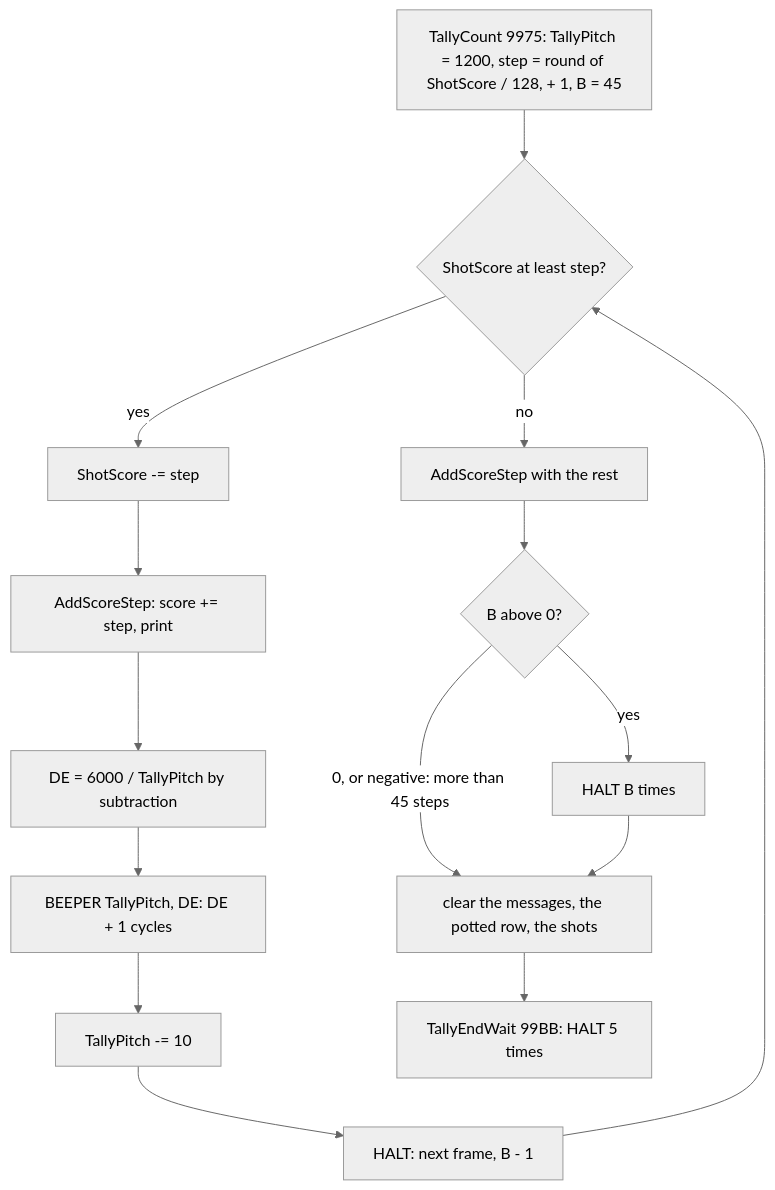
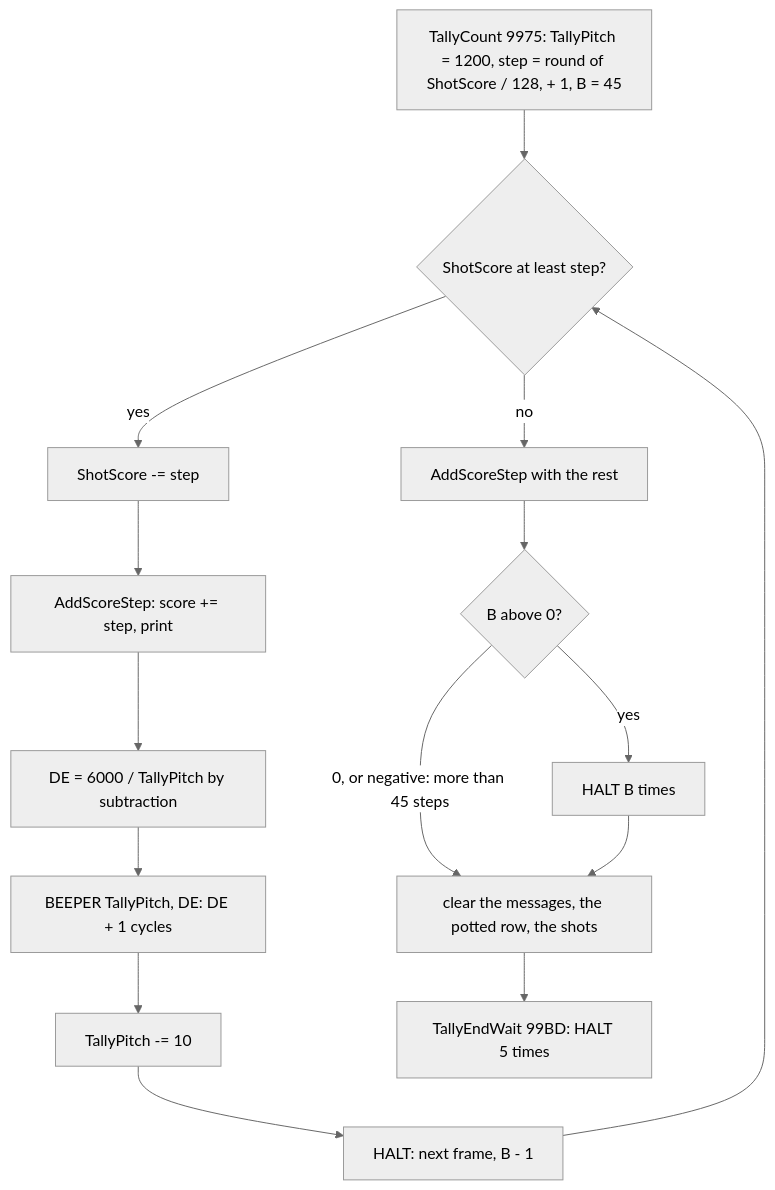
One commit to alfishe/unrealng-reverse-cases changed the fourth of 8 diagrams in games/video-pool/docs/09-sound.md. Above: the diagram before and after it, drawn with Mermaid (neutral theme). The commit also changed other lines of this file and 40 other files, not shown here.

````diff
--- a/games/video-pool/docs/09-sound.md
+++ b/games/video-pool/docs/09-sound.md
@@ -555,16 +556,16 @@
 ```mermaid
 flowchart TD
     A[TallyCount 9975: TallyPitch = 1200, step = round of ShotScore / 128, + 1, B = 45] --> B{ShotScore at least step?}
     B -->|yes| C[ShotScore -= step]
     C --> D[AddScoreStep: score += step, print]
     D --> E[DE = 6000 / TallyPitch by subtraction]
     E --> F[BEEPER TallyPitch, DE: DE + 1 cycles]
     F --> G[TallyPitch -= 10]
     G --> H[HALT: next frame, B - 1] --> B
     B -->|no| I[AddScoreStep with the rest]
     I --> J{B above 0?}
     J -->|yes| K[HALT B times]
     J -->|"0, or negative: more than 45 steps"| L[clear the messages, the potted row, the shots]
     K --> L
-    L --> W[TallyEndWait 99BB: HALT 5 times]
+    L --> W[TallyEndWait 99BD: HALT 5 times]
 ```
````
